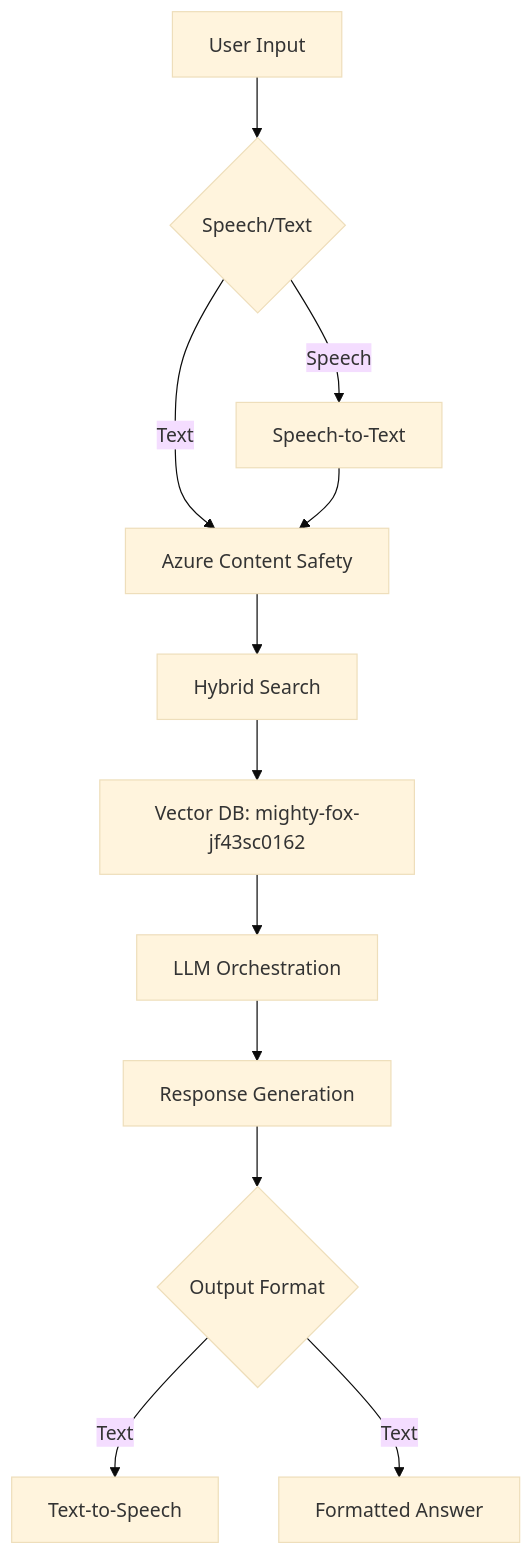
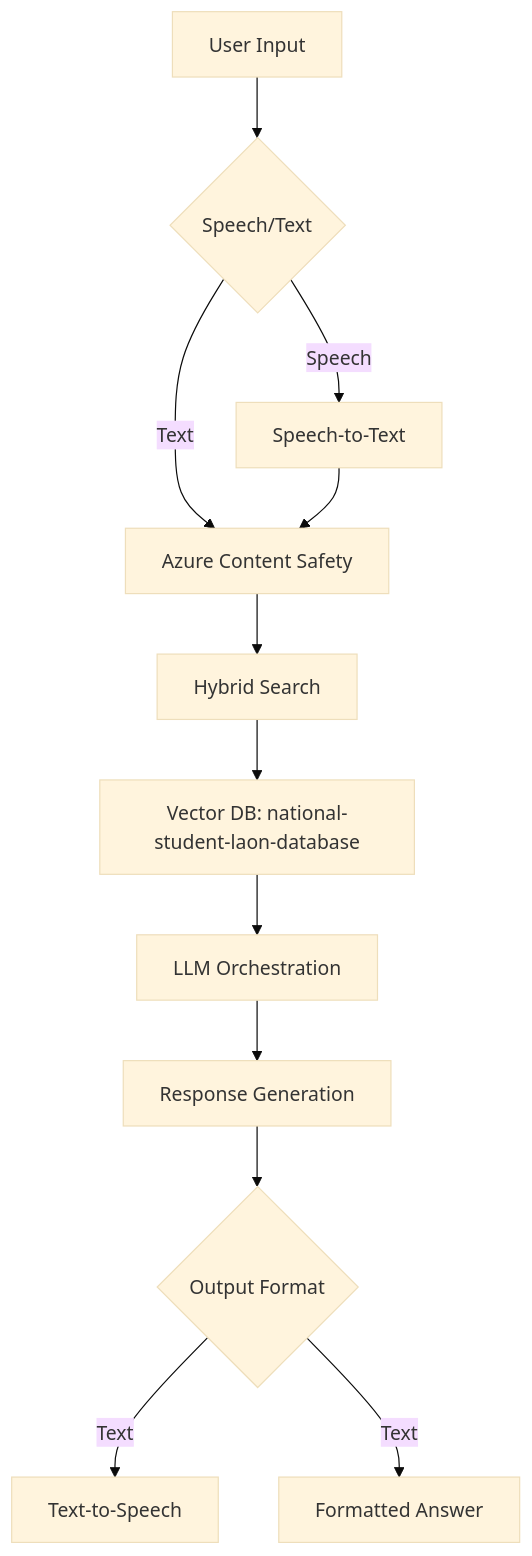
Before and after one commit to JJJZeng/Microsoft-Hackathon-Student-Loan: the diagram in README.md, drawn with Mermaid (base theme). The commit also changed other lines of this file, not shown here.

````diff
--- a/README.md
+++ b/README.md
@@ -76,13 +76,13 @@
 ```mermaid  
 graph TD  
   A[User Input] --> B{Speech/Text}  
   B -->|Text| C[Azure Content Safety]  
   B -->|Speech| D[Speech-to-Text] --> C  
   C --> E[Hybrid Search]  
-  E --> F[Vector DB: mighty-fox-jf43sc0162]  
+  E --> F[Vector DB: national-student-laon-database]  
   F --> G[LLM Orchestration]  
   G --> H[Response Generation]  
   H --> I{Output Format}  
   I -->|Text| J[Text-to-Speech]  
   I -->|Text| K[Formatted Answer]  
 ```  
````
